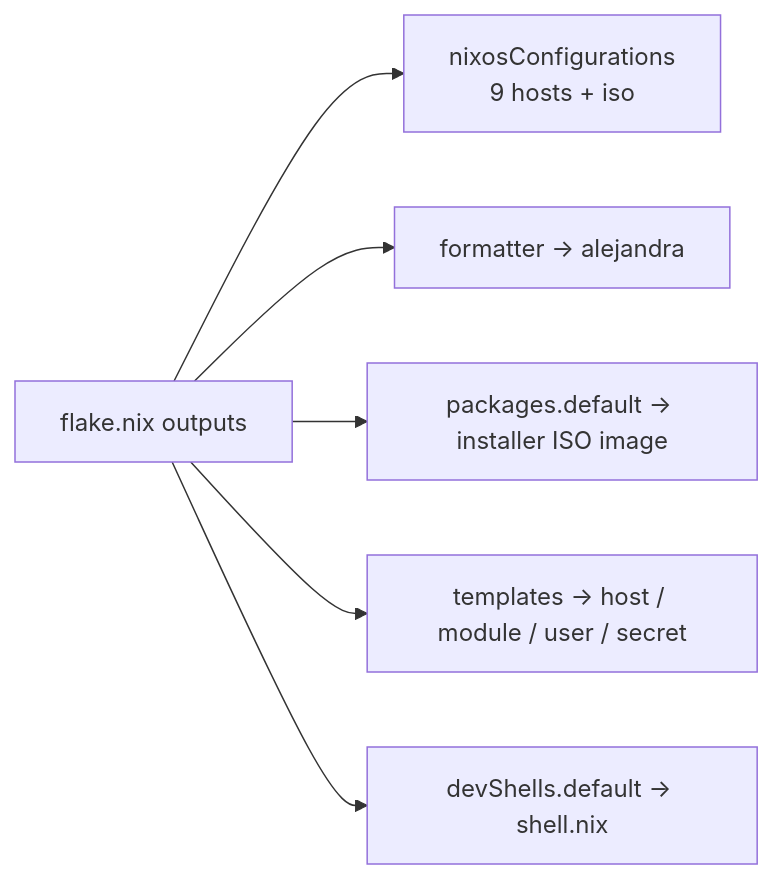
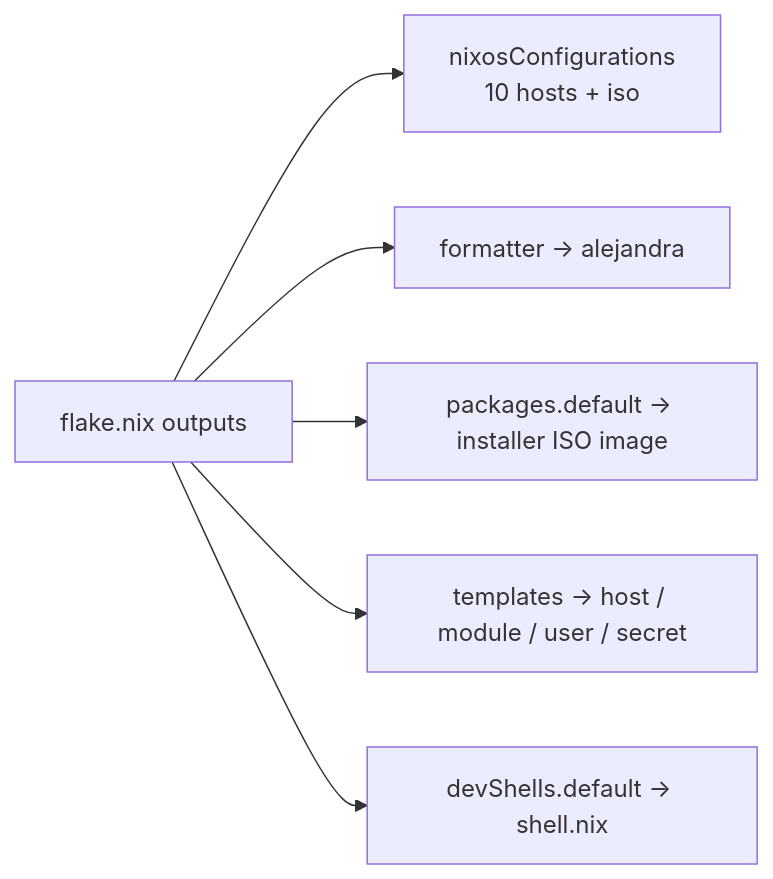
One commit to CalamooseLabs/cala-m-os changed the diagram in wiki/Flake-and-Inputs.md. Above: the diagram before and after it, drawn with Mermaid. The commit also changed other lines of this file and 21 other files, not shown here.

````diff
--- a/wiki/Flake-and-Inputs.md
+++ b/wiki/Flake-and-Inputs.md
@@ -63,9 +63,9 @@
 ```mermaid
 flowchart LR
   flake["flake.nix outputs"]
-  flake --> nc["nixosConfigurations<br/>9 hosts + iso"]
+  flake --> nc["nixosConfigurations<br/>10 hosts + iso"]
   flake --> fmt["formatter → alejandra"]
   flake --> pkg["packages.default → installer ISO image"]
   flake --> tpl["templates → host / module / user / secret"]
   flake --> dev["devShells.default → shell.nix"]
 ```
````
